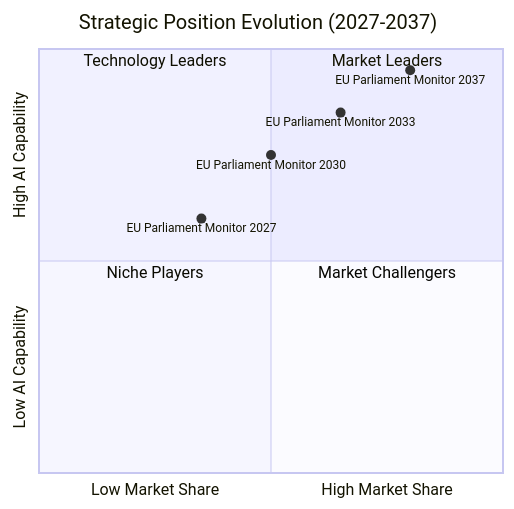
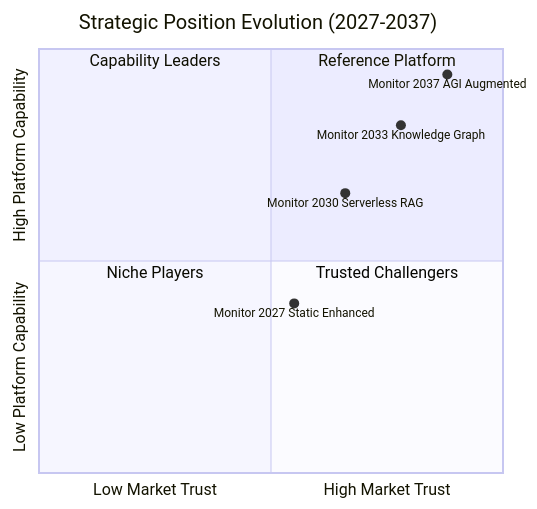
The third of 3 diagrams in FUTURE_SWOT.md (Hack23/euparliamentmonitor), drawn with Mermaid before and after one commit. The commit also changed other lines of this file and 5 other files, not shown here.

Commit message:
docs: rewrite FUTURE architecture portfolio for v2.0/v3.0 all-in-AWS vision

````diff
--- a/FUTURE_SWOT.md
+++ b/FUTURE_SWOT.md
@@ -892,14 +747,14 @@
 ```mermaid
 quadrantChart
     title Strategic Position Evolution (2027-2037)
-    x-axis Low Market Share --> High Market Share
-    y-axis Low AI Capability --> High AI Capability
-    quadrant-1 Market Leaders
-    quadrant-2 Technology Leaders
+    x-axis Low Market Trust --> High Market Trust
+    y-axis Low Platform Capability --> High Platform Capability
+    quadrant-1 Reference Platform
+    quadrant-2 Capability Leaders
     quadrant-3 Niche Players
-    quadrant-4 Market Challengers
-    EU Parliament Monitor 2027: [0.35, 0.60]
-    EU Parliament Monitor 2030: [0.50, 0.75]
-    EU Parliament Monitor 2033: [0.65, 0.85]
-    EU Parliament Monitor 2037: [0.80, 0.95]
+    quadrant-4 Trusted Challengers
+    Monitor 2027 Static Enhanced: [0.55, 0.40]
+    Monitor 2030 Serverless RAG: [0.66, 0.66]
+    Monitor 2033 Knowledge Graph: [0.78, 0.82]
+    Monitor 2037 AGI Augmented: [0.88, 0.94]
 ```
````
